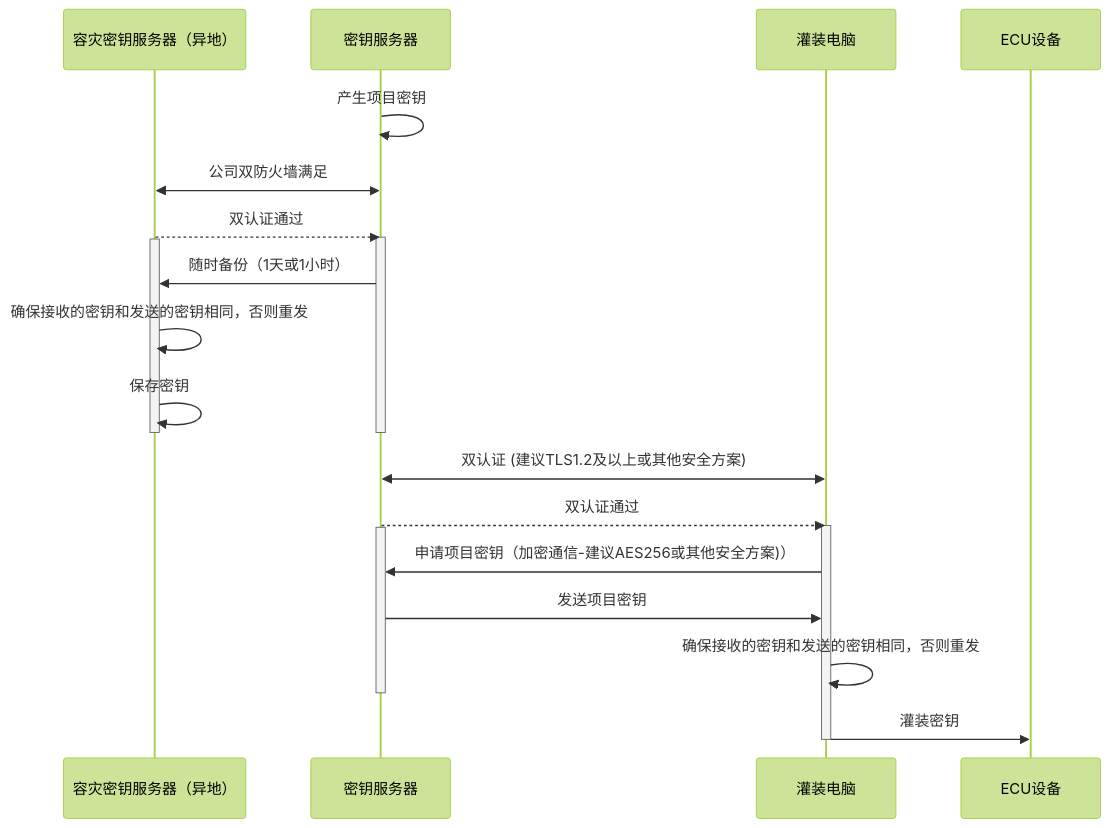
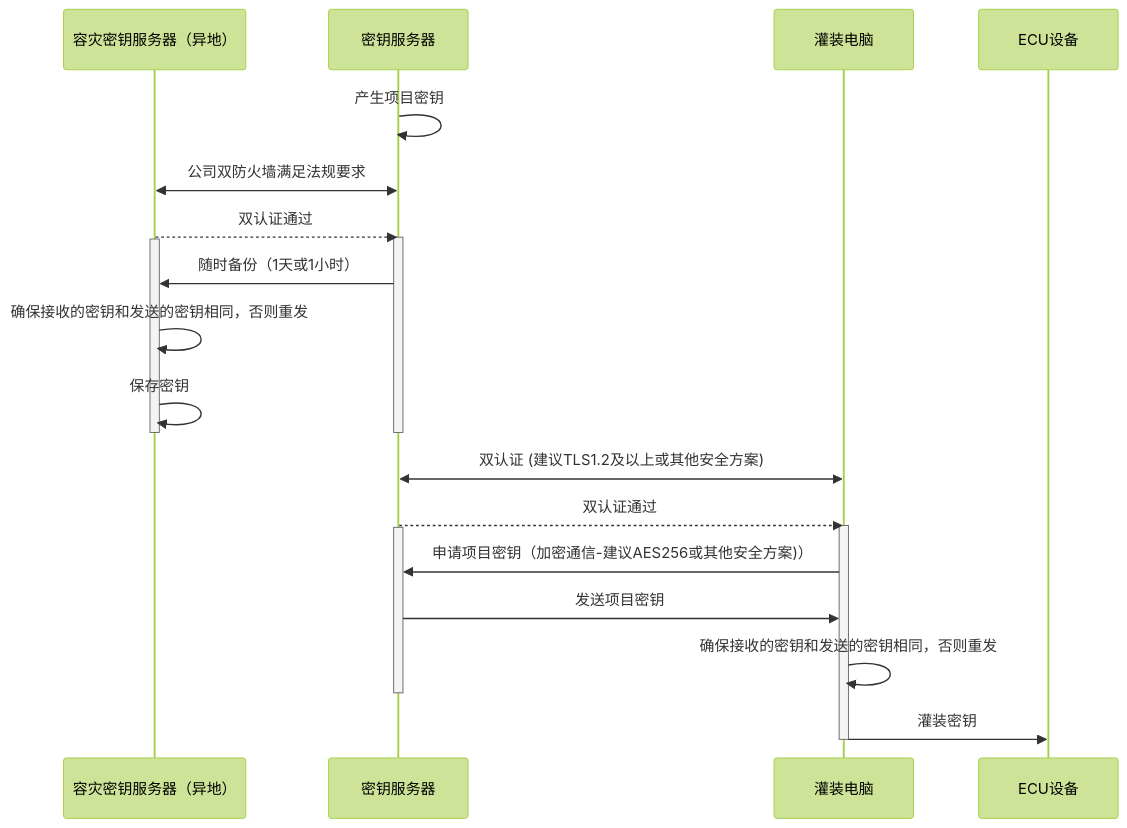
One commit to facebook-cloud/iodraw-files changed the diagram in all/未命名-15.md. Above: the diagram before and after it, drawn with Mermaid (forest theme).

Commit message:
2026-02-07 09:46:26 update

````diff
--- a/all/未命名-15.md
+++ b/all/未命名-15.md
@@ -1,32 +1,32 @@
 ```mermaid
 sequenceDiagram
     participant B as 容灾密钥服务器（异地）
     participant A as 密钥服务器
     participant C as 灌装电脑
     participant D as ECU设备
 
     A->>A: 产生项目密钥
-    A<<->>B: 公司双防火墙满足
+    A<<->>B: 公司双防火墙满足法规要求
     B-->>A: 双认证通过
     activate A
     activate B
     A->>B: 随时备份（1天或1小时）
 
     B->>B: 确保接收的密钥和发送的密钥相同，否则重发
     B->>B: 保存密钥
     deactivate B
     deactivate A
 
     C<<->>A: 双认证 (建议TLS1.2及以上或其他安全方案)
     A-->>C: 双认证通过
     activate C
     activate A
     C->>A: 申请项目密钥（加密通信-建议AES256或其他安全方案)）
     A->>C: 发送项目密钥
 
     C->>C: 确保接收的密钥和发送的密钥相同，否则重发
     deactivate A
     C->>D: 灌装密钥
     deactivate C
 
 ```
````
